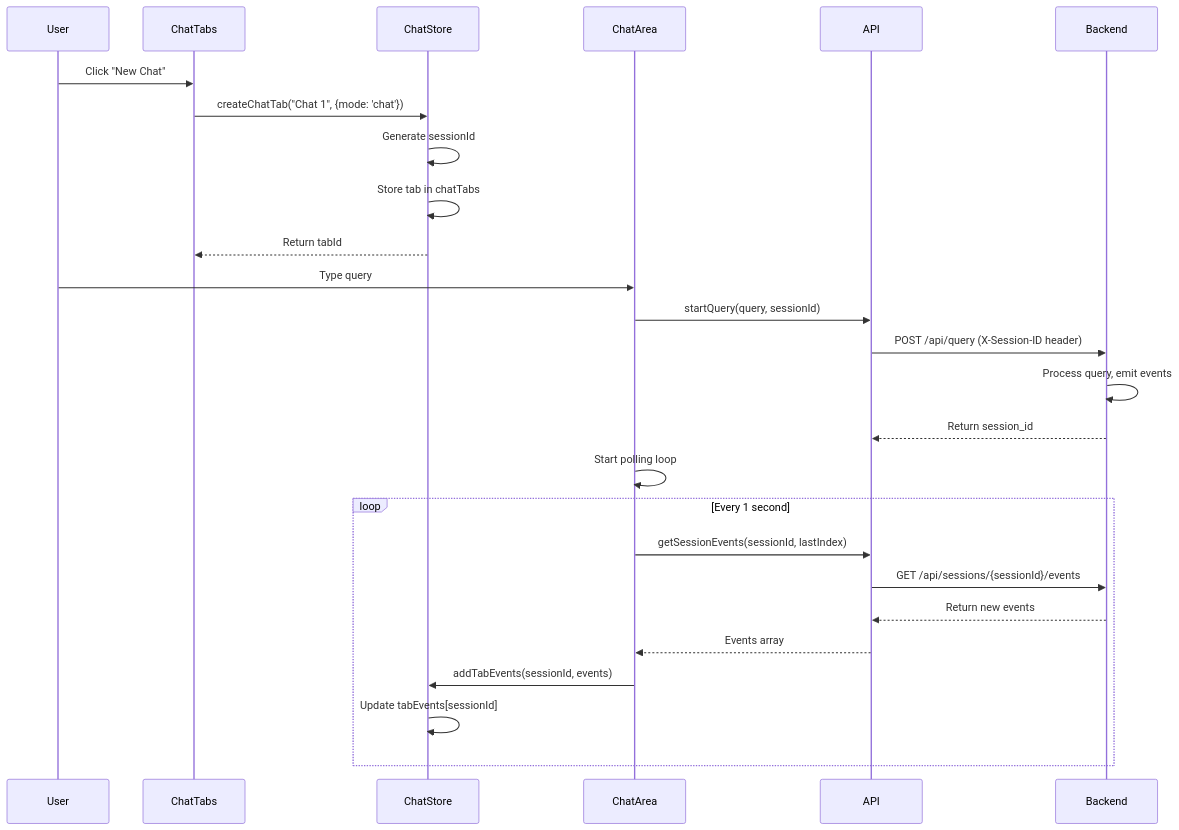
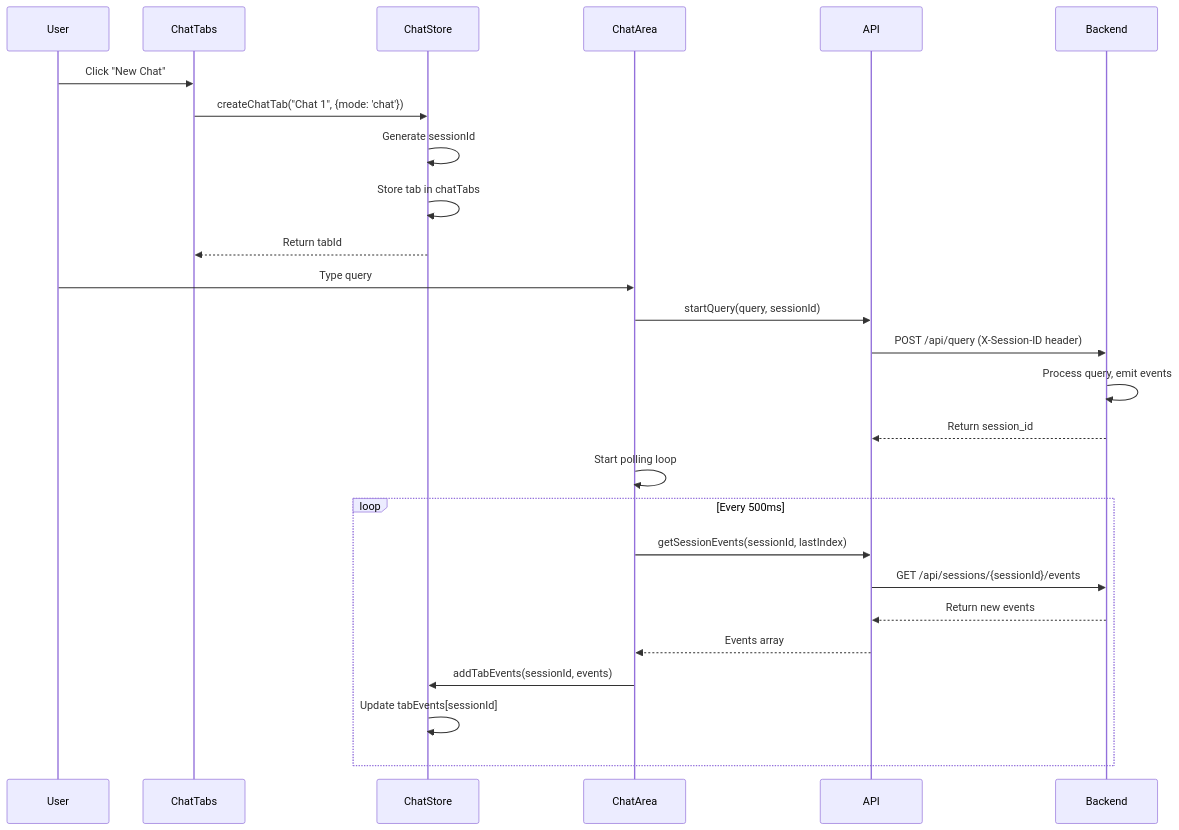
The second of 3 diagrams in docs/multi_tab_chat_architecture.md (manishiitg/coding-agent-loop), drawn with Mermaid before and after one commit. The commit also changed other lines of this file and 47 other files, not shown here.

````diff
--- a/docs/multi_tab_chat_architecture.md
+++ b/docs/multi_tab_chat_architecture.md
@@ -106,31 +107,31 @@
 ```mermaid
 sequenceDiagram
     participant User
     participant ChatTabs
     participant ChatStore
     participant ChatArea
     participant API
     participant Backend
     
     User->>ChatTabs: Click "New Chat"
     ChatTabs->>ChatStore: createChatTab("Chat 1", {mode: 'chat'})
     ChatStore->>ChatStore: Generate sessionId
     ChatStore->>ChatStore: Store tab in chatTabs
     ChatStore-->>ChatTabs: Return tabId
     
     User->>ChatArea: Type query
     ChatArea->>API: startQuery(query, sessionId)
     API->>Backend: POST /api/query (X-Session-ID header)
     Backend->>Backend: Process query, emit events
     Backend-->>API: Return session_id
     
     ChatArea->>ChatArea: Start polling loop
-    loop Every 1 second
+    loop Every 500ms
         ChatArea->>API: getSessionEvents(sessionId, lastIndex)
         API->>Backend: GET /api/sessions/{sessionId}/events
         Backend-->>API: Return new events
         API-->>ChatArea: Events array
         ChatArea->>ChatStore: addTabEvents(sessionId, events)
         ChatStore->>ChatStore: Update tabEvents[sessionId]
     end
 ```
````
